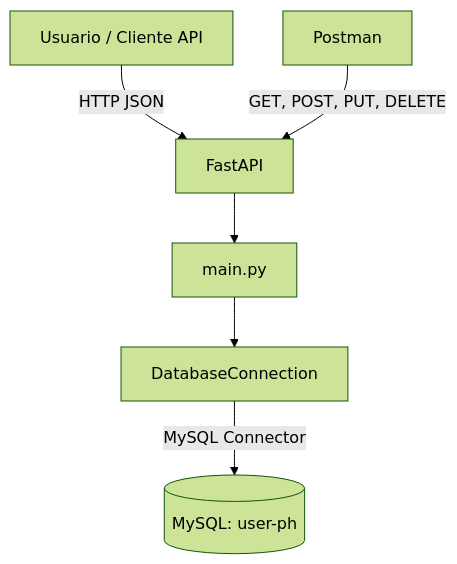
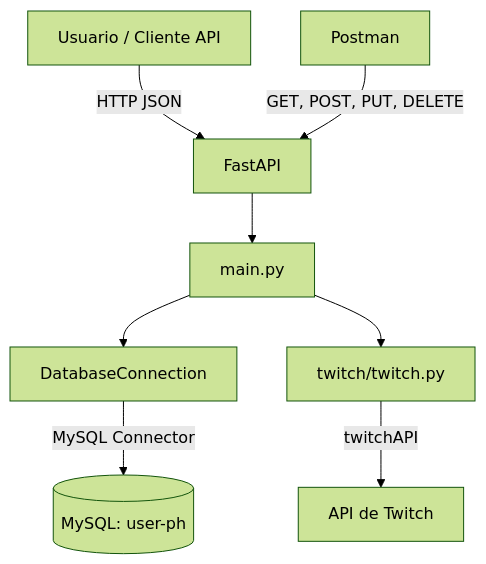
Before and after one commit to BerthaGarrastacho/Modulo2MasterTarea1: the first of 2 diagrams in docs/readme.md, drawn with Mermaid (forest theme). The commit also changed other lines of this file, not shown here.

````diff
--- a/docs/readme.md
+++ b/docs/readme.md
@@ -87,8 +94,10 @@
 ```mermaid
 flowchart TD
     A[Usuario / Cliente API] -->|HTTP JSON| B[FastAPI]
     B --> C[main.py]
     C --> D[DatabaseConnection]
     D -->|MySQL Connector| E[(MySQL: user-ph)]
-    G[Postman] -->|GET, POST, PUT, DELETE| B
+    C --> F[twitch/twitch.py]
+    F -->|twitchAPI| G[API de Twitch]
+    H[Postman] -->|GET, POST, PUT, DELETE| B
 ```
````
